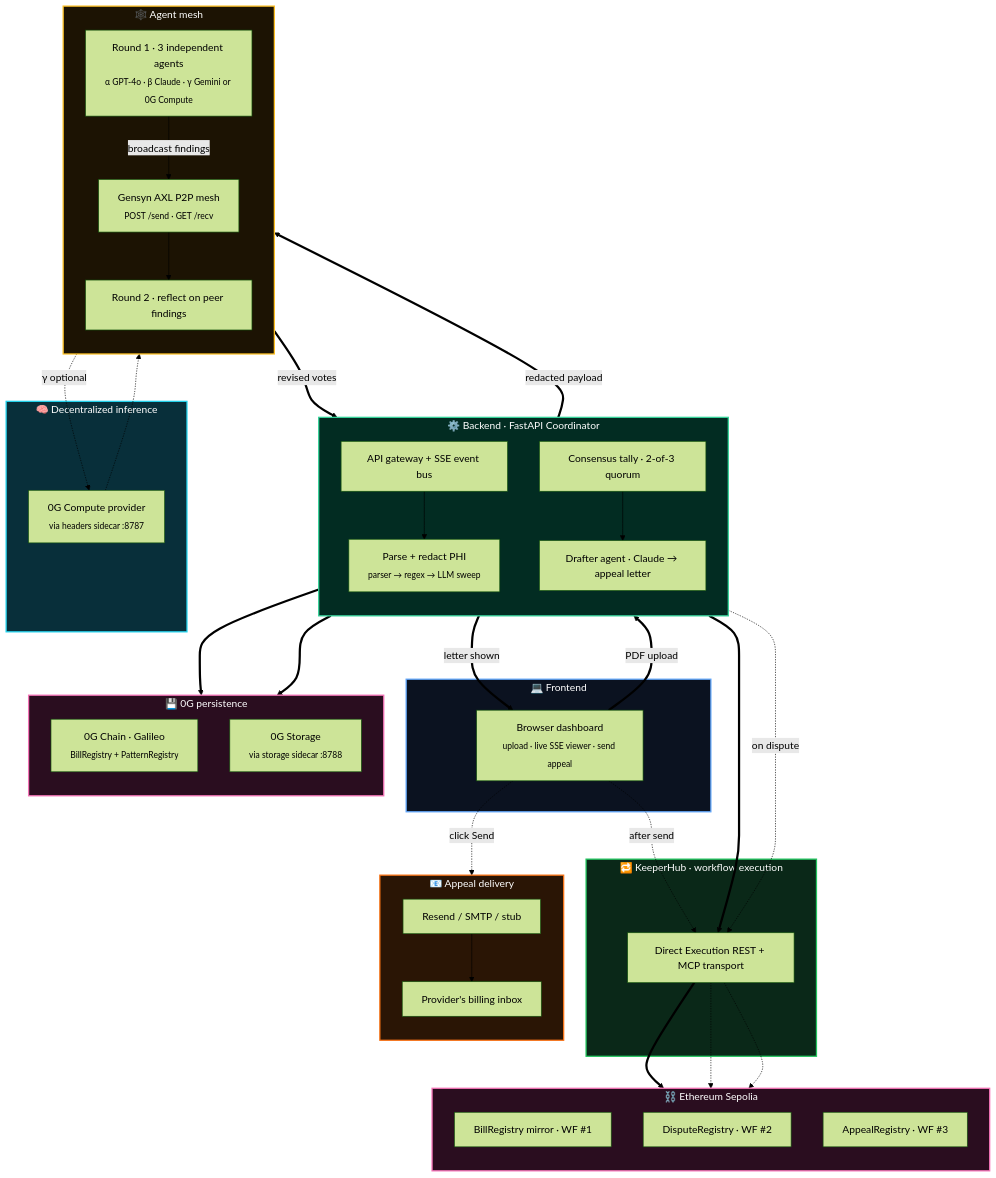
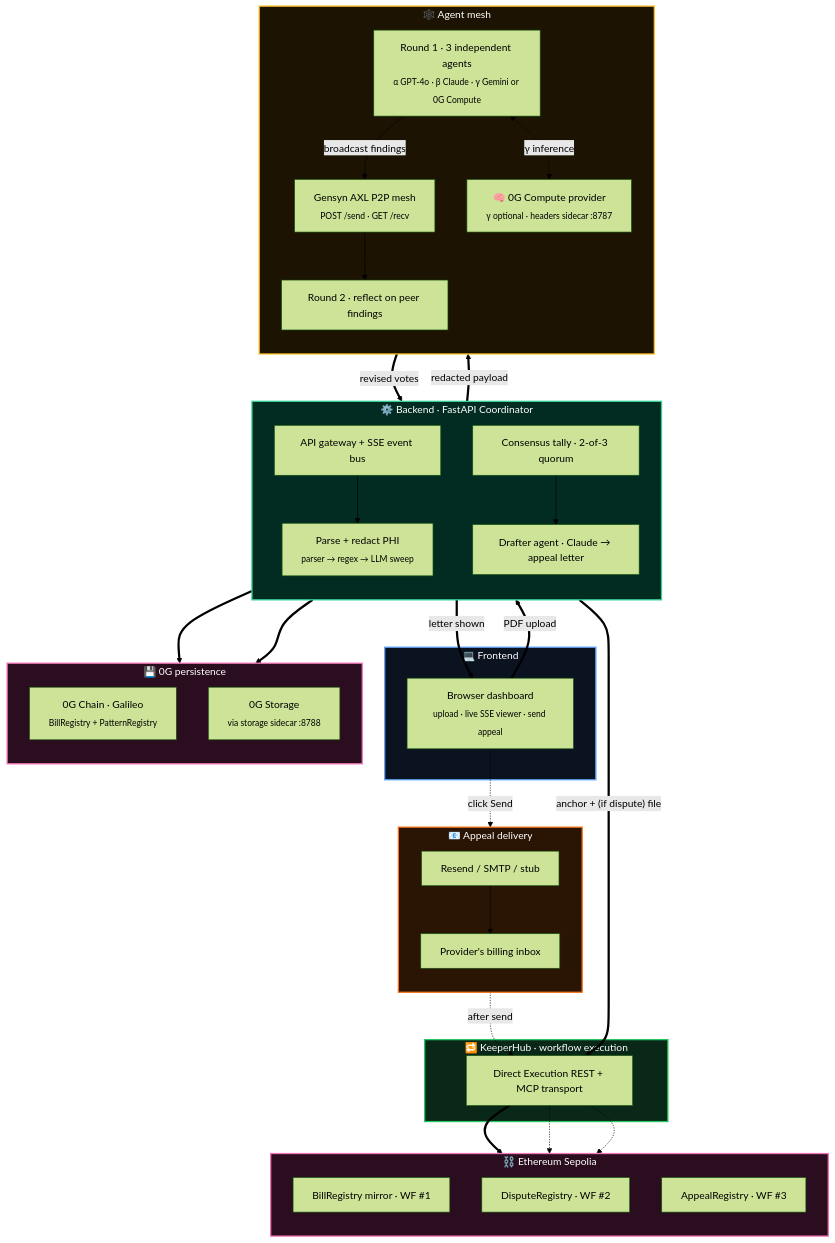
The diagram in README.md (jhatch3/lethe-), drawn with Mermaid (forest theme) before and after one commit.

Commit message:
diagramsss

```diff
--- a/README.md
+++ b/README.md
@@ -116,11 +116,9 @@
         Round1["Round 1 · 3 independent agents<br/><sub>α GPT-4o · β Claude · γ Gemini or 0G Compute</sub>"]
         AXL["Gensyn AXL P2P mesh<br/><sub>POST /send · GET /recv</sub>"]
         Round2["Round 2 · reflect on peer findings"]
+        ZGC["🧠 0G Compute provider<br/><sub>γ optional · headers sidecar :8787</sub>"]
         Round1 -->|broadcast findings| AXL --> Round2
-    end
-
-    subgraph DInf["🧠 Decentralized inference"]
-        ZGC["0G Compute provider<br/><sub>via headers sidecar :8787</sub>"]
+        Round1 <-.->|γ inference| ZGC
     end
 
     subgraph Persist["💾 0G persistence"]
@@ -153,27 +151,21 @@
     Round2 ==>|revised votes| Tally
     Drafter ==>|letter shown| User
 
-    %% === γ optional decentralized inference ===
-    Round1 -.->|γ optional| ZGC
-    ZGC -.-> Round1
-
-    %% === Persistence fan-out from Tally ===
+    %% === Persistence fan-out from Tally (single edge per destination) ===
     Tally ==> ZGChain
     Tally ==> ZGStorage
-    Tally ==> KH
+    Tally ==>|"anchor + (if dispute) file"| KH
     KH ==> SepMirror
-    Tally -.->|on dispute| KH
     KH -.-> SepDispute
 
     %% === User-initiated appeal send ===
     User -.->|click Send| Email
-    User -.->|after send| KH
+    Email -.->|after send| KH
     KH -.-> SepAppeal
 
     classDef tierFE      fill:#0b1220,stroke:#60a5fa,stroke-width:2px,color:#fff
     classDef tierBE      fill:#022c22,stroke:#34d399,stroke-width:2px,color:#fff
     classDef tierMesh    fill:#1c1303,stroke:#fbbf24,stroke-width:2px,color:#fff
-    classDef tierCompute fill:#082f3a,stroke:#22d3ee,stroke-width:2px,color:#fff
     classDef tierChain   fill:#2a0d1f,stroke:#f472b6,stroke-width:2px,color:#fff
     classDef tierExec    fill:#0a2818,stroke:#22c55e,stroke-width:2px,color:#fff
     classDef tierMail    fill:#2a1505,stroke:#f97316,stroke-width:2px,color:#fff
@@ -181,7 +173,6 @@
     class FE tierFE
     class BE tierBE
     class Mesh tierMesh
-    class DInf tierCompute
     class Persist,Sep tierChain
     class Exec tierExec
     class Mail tierMail
```
